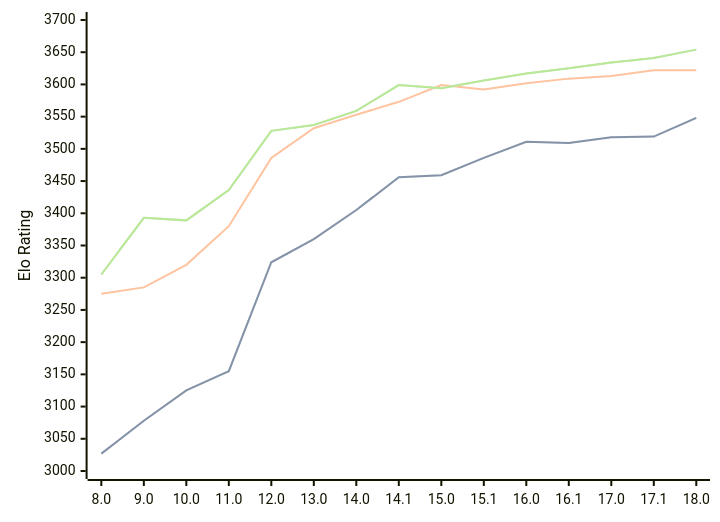
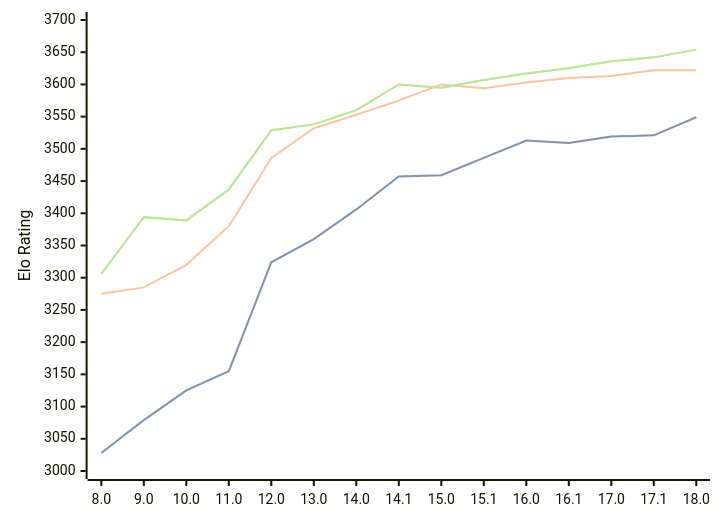
Before and after one commit to computer-chess-index/cci: the diagram in engines/Stockfish.md, drawn with Mermaid. The commit also changed other lines of this file, not shown here.

Commit message:
Update CCI Ratings (ELO VLTC) - 2026-04-22

````diff
--- a/engines/Stockfish.md
+++ b/engines/Stockfish.md
@@ -46,11 +46,11 @@
 ```mermaid
 %%{init: {"theme":"base","themeVariables":{"seriesColors:['#a3a3a3','#222221','#faa371']}}}%%
 xychart-beta
   x-axis ["8.0", "9.0", "10.0", "11.0", "12.0", "13.0", "14.0", "14.1", "15.0", "15.1", "16.0", "16.1", "17.0", "17.1", "18.0"]
   y-axis "Elo Rating" 3000 --> 3700
-  line "STC (8.0+0.08s)" [3027, 3078, 3125, 3155, 3324, 3360, 3405, 3456, 3459, 3486, 3511, 3509, 3518, 3519, 3548]
-  line "STC (8.0+0.08s)" [3027, 3078, 3125, 3155, 3324, 3360, 3405, 3456, 3459, 3486, 3511, 3509, 3518, 3519, 3548]
-  line "LTC (60.0+0.60s)" [3275, 3285, 3320, 3380, 3486, 3532, 3553, 3573, 3599, 3592, 3602, 3609, 3613, 3622, 3622]
-  line "VLTC (2m24s+1.12s)" [3305, 3393, 3389, 3436, 3528, 3537, 3559, 3599, 3594, 3606, 3617, 3625, 3634, 3641, 3654]
-  line "VLTC (2m24s+1.12s)" [3305, 3393, 3389, 3436, 3528, 3537, 3559, 3599, 3594, 3606, 3617, 3625, 3634, 3641, 3654]
+  line "STC (8.0+0.08s)" [3028, 3079, 3125, 3155, 3324, 3360, 3406, 3457, 3459, 3486, 3513, 3509, 3519, 3521, 3549]
+  line "STC (8.0+0.08s)" [3028, 3079, 3125, 3155, 3324, 3360, 3406, 3457, 3459, 3486, 3513, 3509, 3519, 3521, 3549]
+  line "LTC (60.0+0.60s)" [3275, 3285, 3320, 3380, 3486, 3532, 3553, 3575, 3600, 3594, 3603, 3610, 3613, 3622, 3622]
+  line "VLTC (2m24s+1.12s)" [3306, 3394, 3389, 3437, 3529, 3538, 3560, 3600, 3595, 3607, 3617, 3625, 3636, 3642, 3654]
+  line "VLTC (2m24s+1.12s)" [3306, 3394, 3389, 3437, 3529, 3538, 3560, 3600, 3595, 3607, 3617, 3625, 3636, 3642, 3654]
 ```
````
